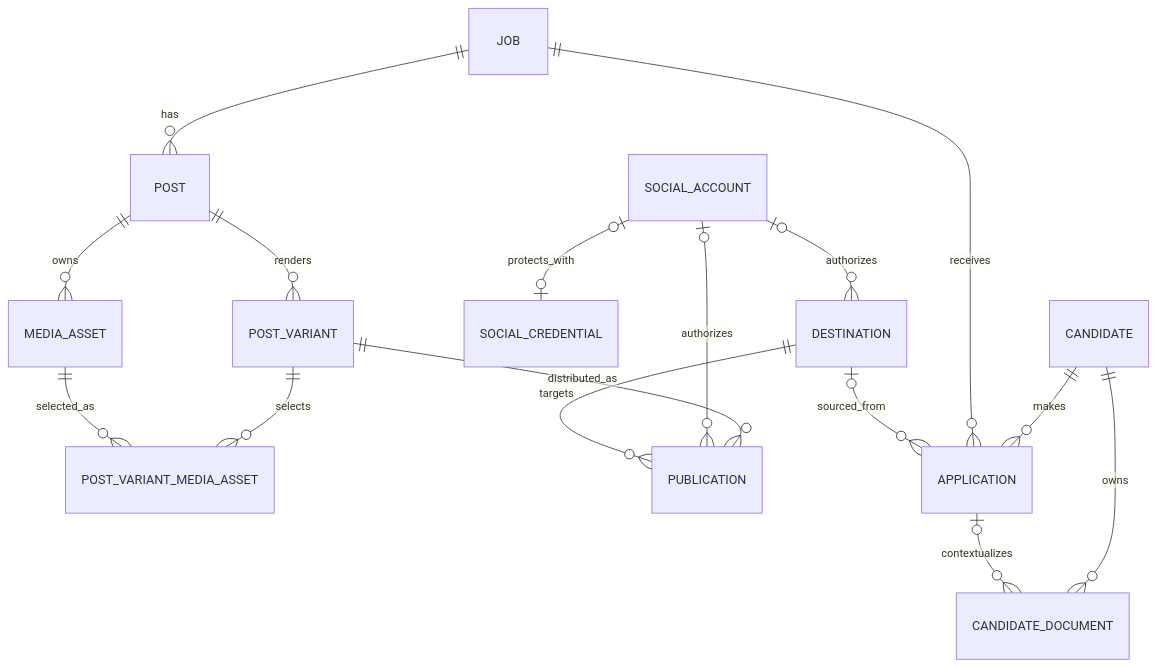
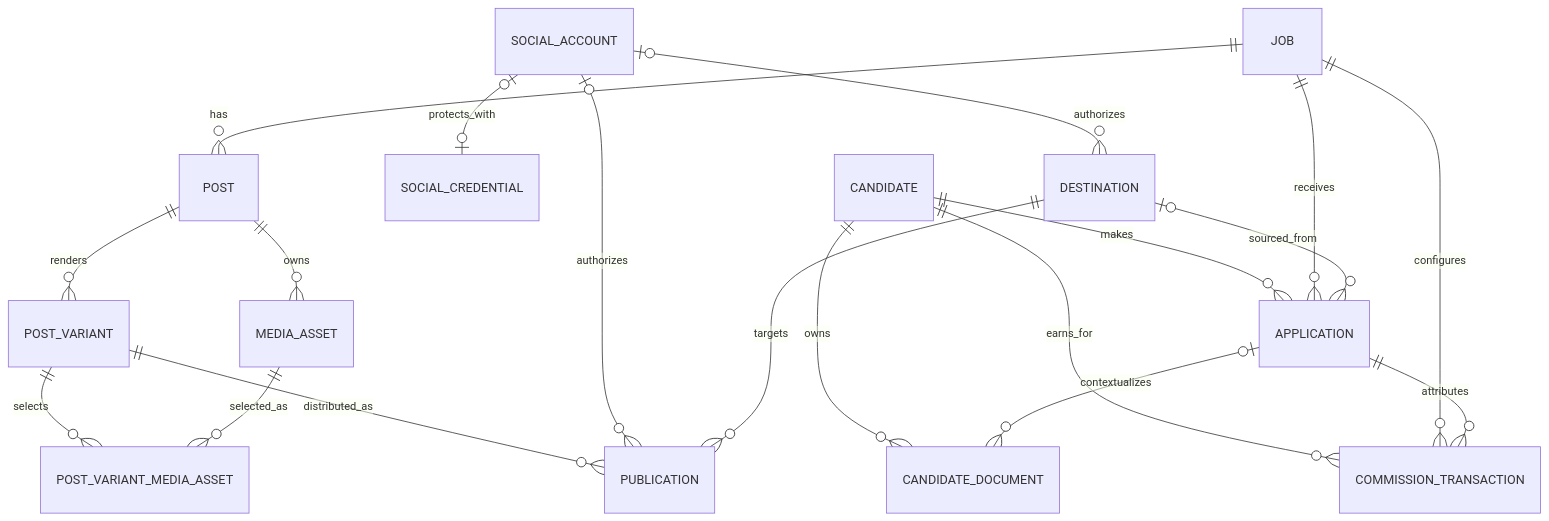
The diagram in docs/diagrams/database-erd.md (vitoo16/recruitops-platform), drawn with Mermaid before and after one commit. The commit also changed other lines of this file, not shown here.

Commit message:
docs: update ERD for commission ledger

````diff
--- a/docs/diagrams/database-erd.md
+++ b/docs/diagrams/database-erd.md
@@ -5,18 +5,21 @@
 ```mermaid
 erDiagram
     JOB ||--o{ POST : has
     POST ||--o{ POST_VARIANT : renders
     POST ||--o{ MEDIA_ASSET : owns
     POST_VARIANT ||--o{ POST_VARIANT_MEDIA_ASSET : selects
     MEDIA_ASSET ||--o{ POST_VARIANT_MEDIA_ASSET : selected_as
     POST_VARIANT ||--o{ PUBLICATION : distributed_as
     SOCIAL_ACCOUNT o|--o| SOCIAL_CREDENTIAL : protects_with
     SOCIAL_ACCOUNT o|--o{ DESTINATION : authorizes
     SOCIAL_ACCOUNT o|--o{ PUBLICATION : authorizes
     DESTINATION ||--o{ PUBLICATION : targets
     CANDIDATE ||--o{ APPLICATION : makes
     JOB ||--o{ APPLICATION : receives
     DESTINATION o|--o{ APPLICATION : sourced_from
     CANDIDATE ||--o{ CANDIDATE_DOCUMENT : owns
     APPLICATION o|--o{ CANDIDATE_DOCUMENT : contextualizes
+    CANDIDATE ||--o{ COMMISSION_TRANSACTION : earns_for
+    JOB ||--o{ COMMISSION_TRANSACTION : configures
+    APPLICATION ||--o{ COMMISSION_TRANSACTION : attributes
 ```
````
